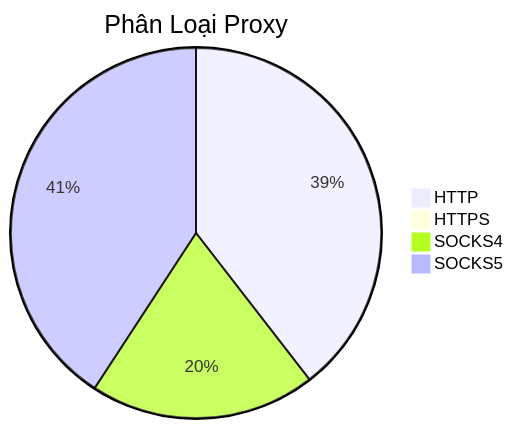
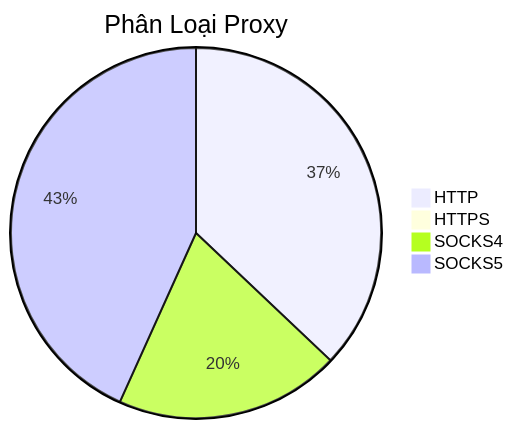
The diagram in README.md (Ciara-12/PROXY-free), drawn with Mermaid before and after one commit. The commit also changed other lines of this file and 4 other files, not shown here.

````diff
--- a/README.md
+++ b/README.md
@@ -26,7 +26,7 @@
 ```mermaid
 pie title Phân Loại Proxy
-    "HTTP" : 742
-    "HTTPS" : 1
-    "SOCKS4" : 370
-    "SOCKS5" : 766
+    "HTTP" : 748
+    "HTTPS" : 5
+    "SOCKS4" : 397
+    "SOCKS5" : 873
 ```
````
